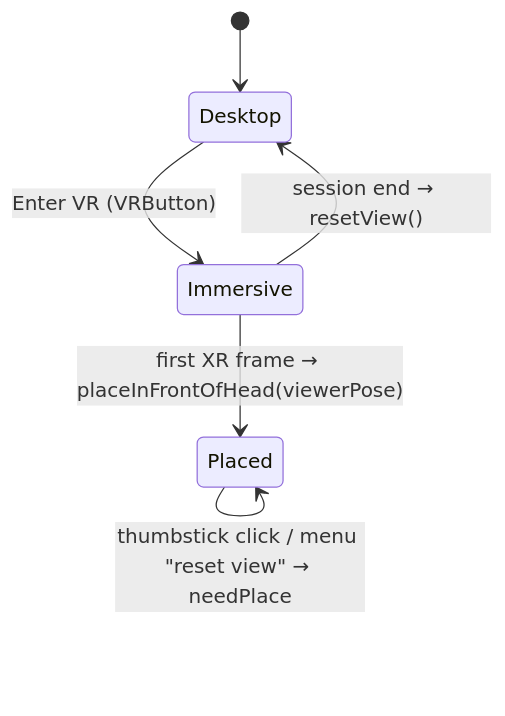
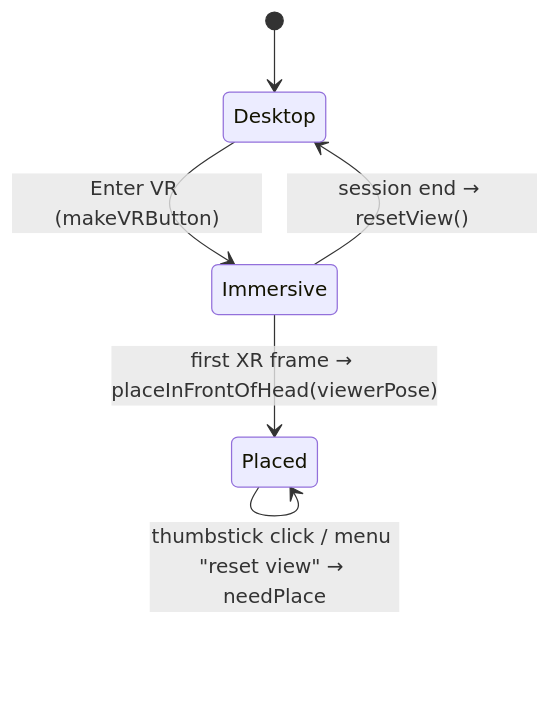
The second of 3 diagrams in docs/ARCHITECTURE.md (arinbb/md-vr-viewer), drawn with Mermaid before and after one commit. The commit also changed other lines of this file and 7 other files, not shown here.

````diff
--- a/docs/ARCHITECTURE.md
+++ b/docs/ARCHITECTURE.md
@@ -572,9 +581,9 @@
 ```mermaid
 stateDiagram-v2
     [*] --> Desktop
-    Desktop --> Immersive: Enter VR (VRButton)
+    Desktop --> Immersive: Enter VR (makeVRButton)
     Immersive --> Placed: first XR frame → placeInFrontOfHead(viewerPose)
     Placed --> Placed: each frame: pollGamepads → updateGrab → menu.faceHead/draw → updatePositions → updateHover → render
     Placed --> Placed: thumbstick click / menu "reset view" → needPlace
     Immersive --> Desktop: session end → resetView()
 ```
````
